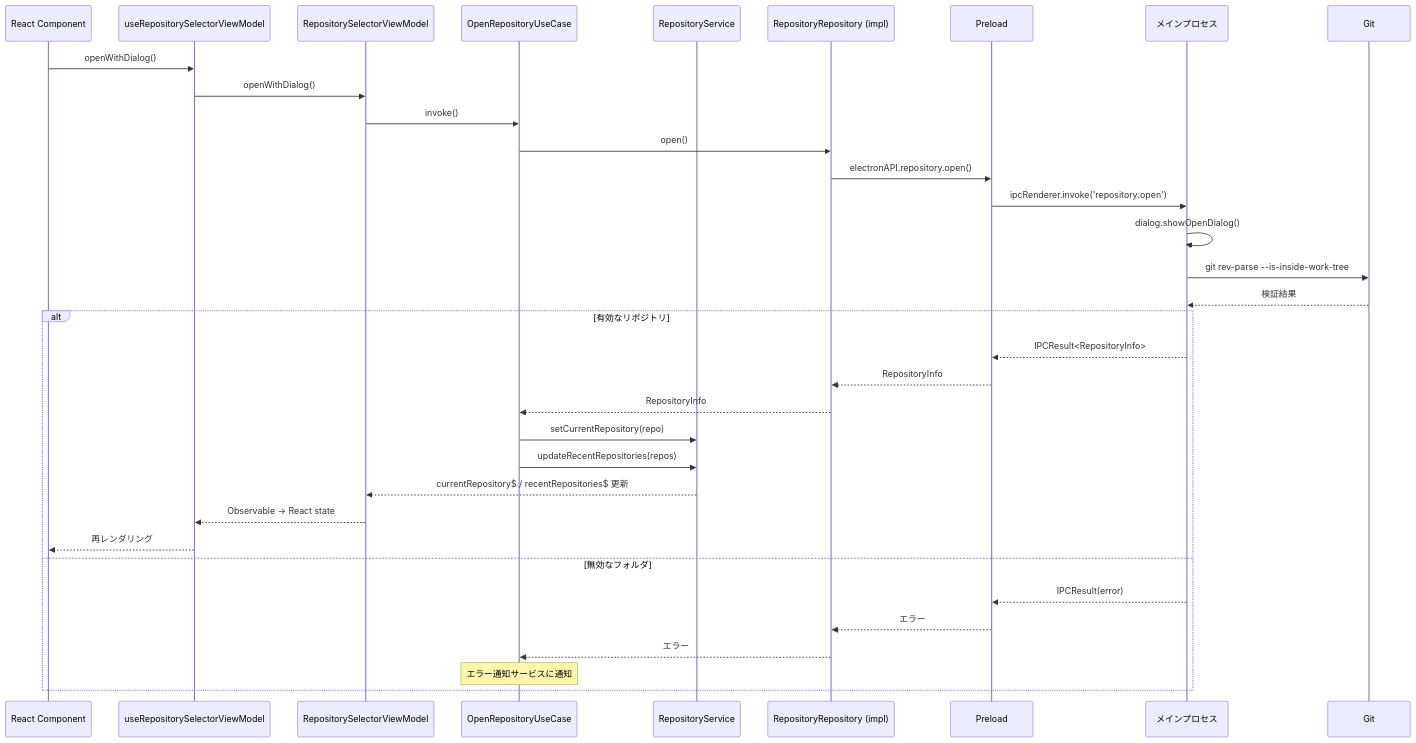
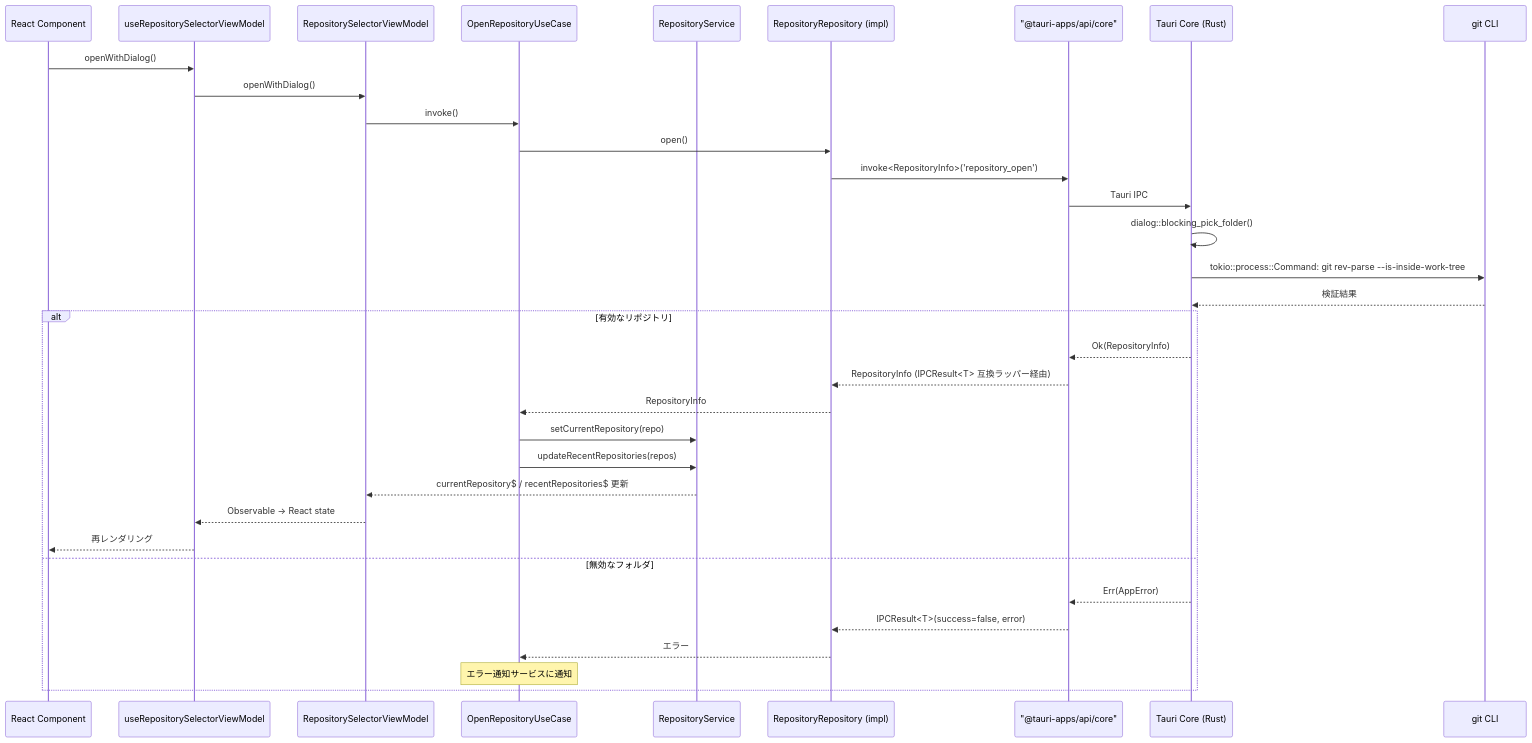
The first of 3 diagrams in .sdd/specification/application-foundation_spec.md (ToshikiImagawa/Buruma), drawn with Mermaid before and after one commit. The commit also changed other lines of this file and 7 other files, not shown here.

````diff
--- a/.sdd/specification/application-foundation_spec.md
+++ b/.sdd/specification/application-foundation_spec.md
@@ -367,38 +368,38 @@
 ```mermaid
 sequenceDiagram
     participant Component as React Component
     participant Hook as useRepositorySelectorViewModel
     participant VM as RepositorySelectorViewModel
     participant UC as OpenRepositoryUseCase
     participant Svc as RepositoryService
     participant Repo as RepositoryRepository (impl)
-    participant Preload as Preload
-    participant Main as メインプロセス
-    participant Git as Git
+    participant Invoke as "@tauri-apps/api/core"
+    participant Core as Tauri Core (Rust)
+    participant Git as git CLI
 
     Component ->> Hook: openWithDialog()
     Hook ->> VM: openWithDialog()
     VM ->> UC: invoke()
     UC ->> Repo: open()
-    Repo ->> Preload: electronAPI.repository.open()
-    Preload ->> Main: ipcRenderer.invoke('repository:open')
-    Main ->> Main: dialog.showOpenDialog()
-    Main ->> Git: git rev-parse --is-inside-work-tree
-    Git -->> Main: 検証結果
+    Repo ->> Invoke: invoke<RepositoryInfo>('repository_open')
+    Invoke ->> Core: Tauri IPC
+    Core ->> Core: dialog::blocking_pick_folder()
+    Core ->> Git: tokio::process::Command: git rev-parse --is-inside-work-tree
+    Git -->> Core: 検証結果
 
     alt 有効なリポジトリ
-        Main -->> Preload: IPCResult<RepositoryInfo>
-        Preload -->> Repo: RepositoryInfo
+        Core -->> Invoke: Ok(RepositoryInfo)
+        Invoke -->> Repo: RepositoryInfo (IPCResult<T> 互換ラッパー経由)
         Repo -->> UC: RepositoryInfo
         UC ->> Svc: setCurrentRepository(repo)
         UC ->> Svc: updateRecentRepositories(repos)
         Svc -->> VM: currentRepository$ / recentRepositories$ 更新
         VM -->> Hook: Observable → React state
         Hook -->> Component: 再レンダリング
     else 無効なフォルダ
-        Main -->> Preload: IPCResult(error)
-        Preload -->> Repo: エラー
+        Core -->> Invoke: Err(AppError)
+        Invoke -->> Repo: IPCResult<T>(success=false, error)
         Repo -->> UC: エラー
         Note over UC: エラー通知サービスに通知
     end
 ```
````
